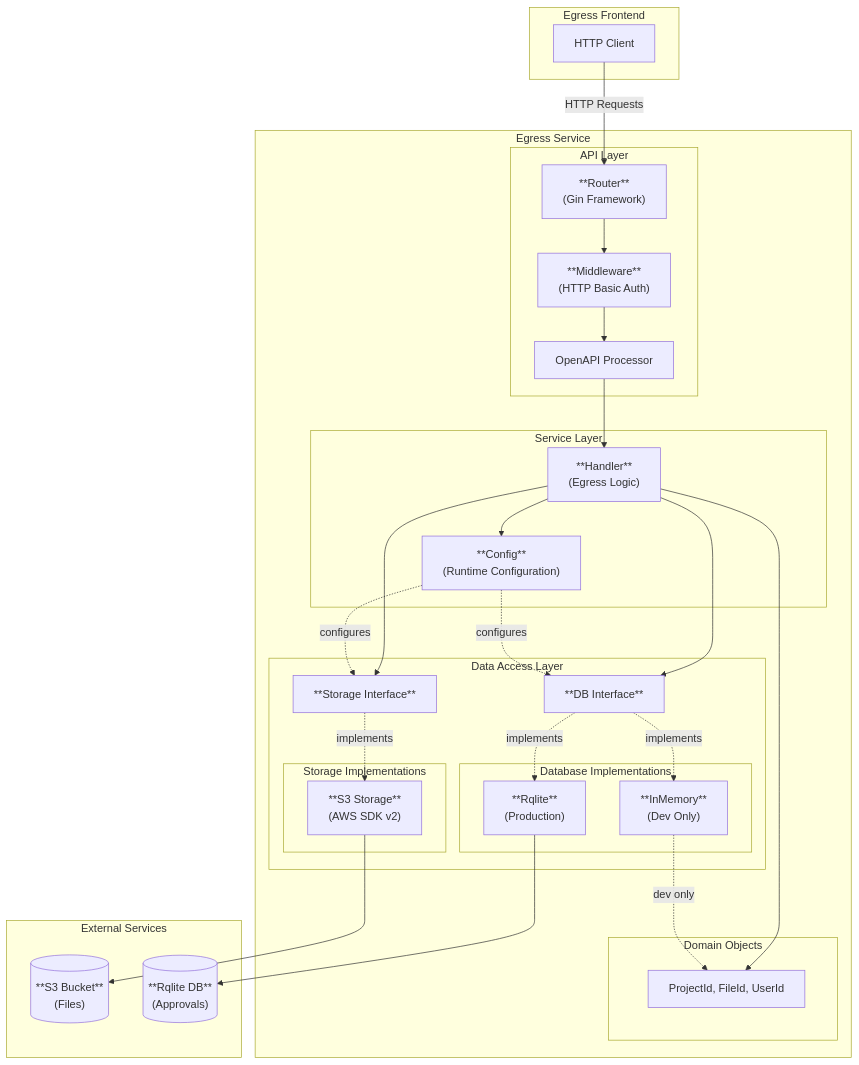
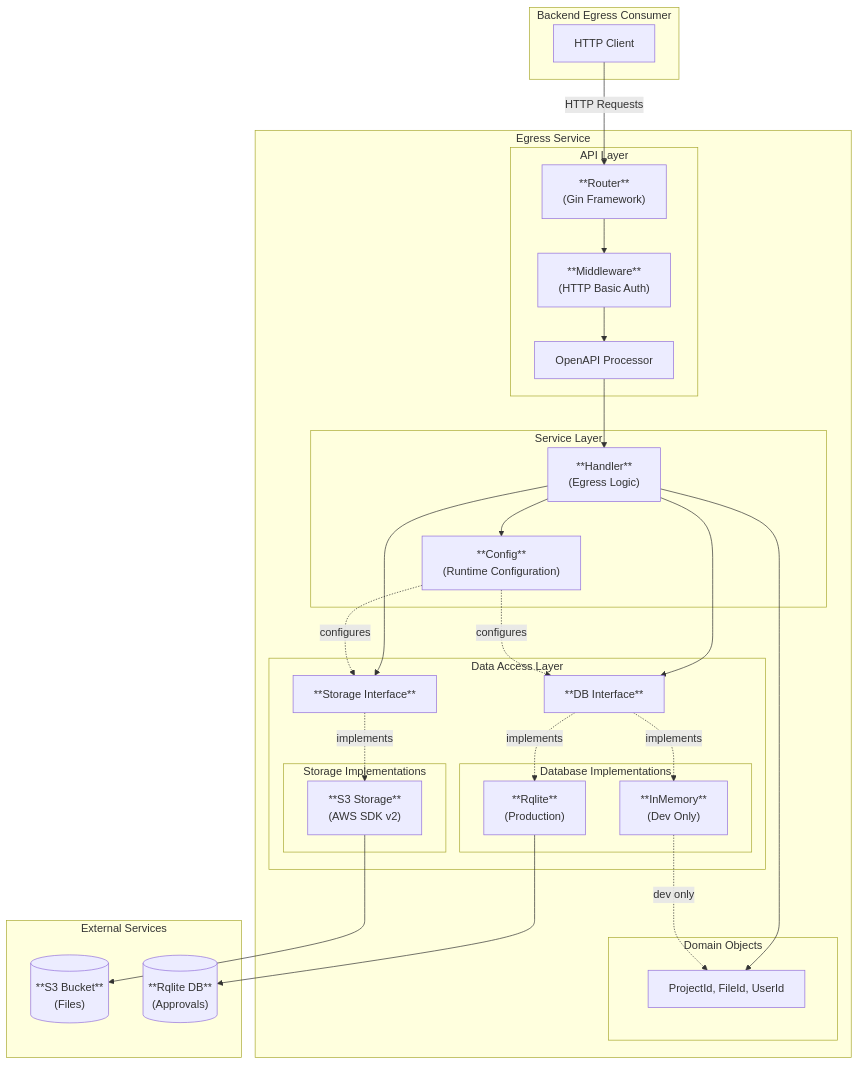
One commit to ucl-arc-tre/egress changed the diagram in docs/design/architecture.md. Above: the diagram before and after it, drawn with Mermaid. The commit also changed other lines of this file and 1 other file, not shown here.

````diff
--- a/docs/design/architecture.md
+++ b/docs/design/architecture.md
@@ -11,62 +11,62 @@
 ```mermaid
 graph TB
-    subgraph "Egress Frontend"
+    subgraph "Backend Egress Consumer"
         Client["HTTP Client"]
     end
 
     subgraph "Egress Service"
         subgraph "API Layer"
             Router["**Router**<br/>(Gin Framework)"]
             Middleware["**Middleware**<br/>(HTTP Basic Auth)"]
             OpenAPI["OpenAPI Processor"]
         end
 
         subgraph "Service Layer"
             Handler["**Handler**<br/>(Egress Logic)"]
             Config["**Config**<br/>(Runtime Configuration)"]
         end
 
         subgraph "Domain Objects"
             Types["ProjectId, FileId, UserId"]
         end
 
         subgraph "Data Access Layer"
             DBInterface["**DB Interface**"]
             StorageInterface["**Storage Interface**"]
 
           subgraph "Database Implementations"
               InMemory["**InMemory**<br/>(Dev Only)"]
               Rqlite["**Rqlite**<br/>(Production)"]
           end
 
           subgraph "Storage Implementations"
               S3["**S3 Storage**<br/>(AWS SDK v2)"]
           end
         end
     end
 
     subgraph "External Services"
         S3Backend[("**S3 Bucket**<br/>(Files)")]
         RqliteDB[("**Rqlite DB**<br/>(Approvals)")]
     end
 
     Client -->|HTTP Requests| Router
     Router --> Middleware
     Middleware --> OpenAPI
     OpenAPI --> Handler
     Handler --> Config
     Handler --> DBInterface
     Handler --> StorageInterface
     Handler --> Types
 
     DBInterface -.->|implements| InMemory
     DBInterface -.->|implements| Rqlite
     StorageInterface -.->|implements| S3
 
     InMemory -.->|dev only| Types
     Rqlite --> RqliteDB
     S3 --> S3Backend
 
     Config -.->|configures| DBInterface
     Config -.->|configures| StorageInterface
 ```
````
